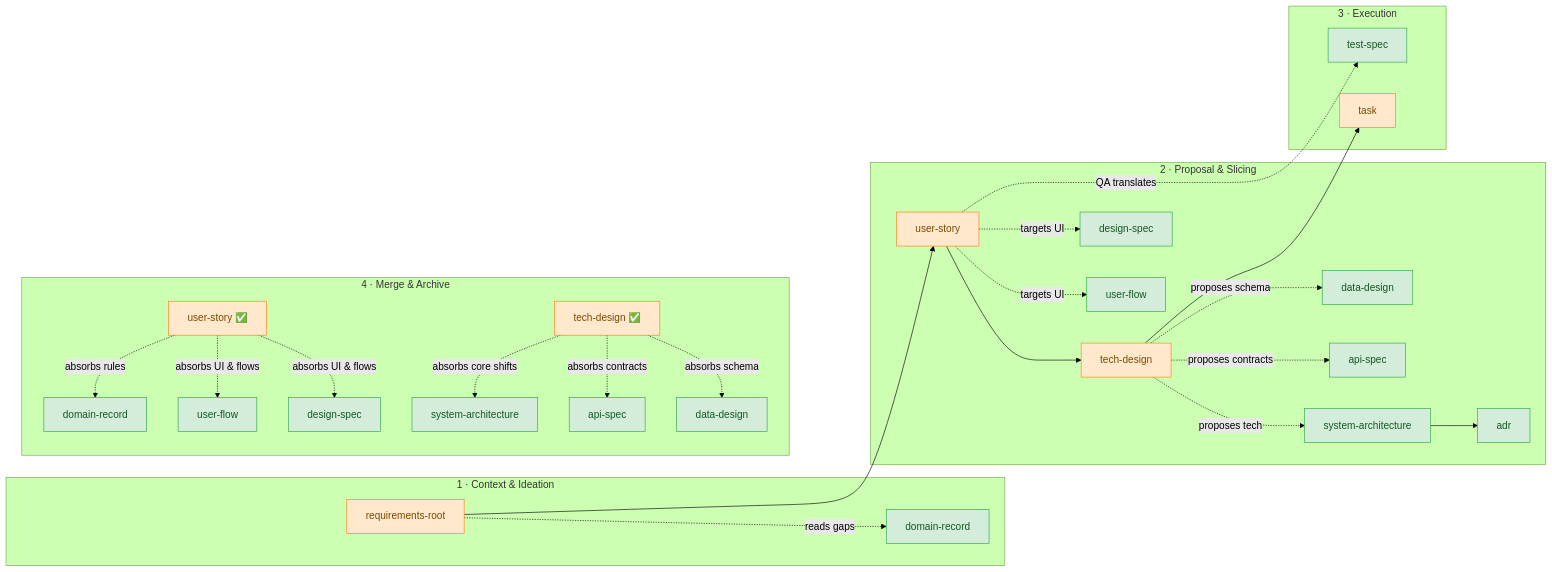
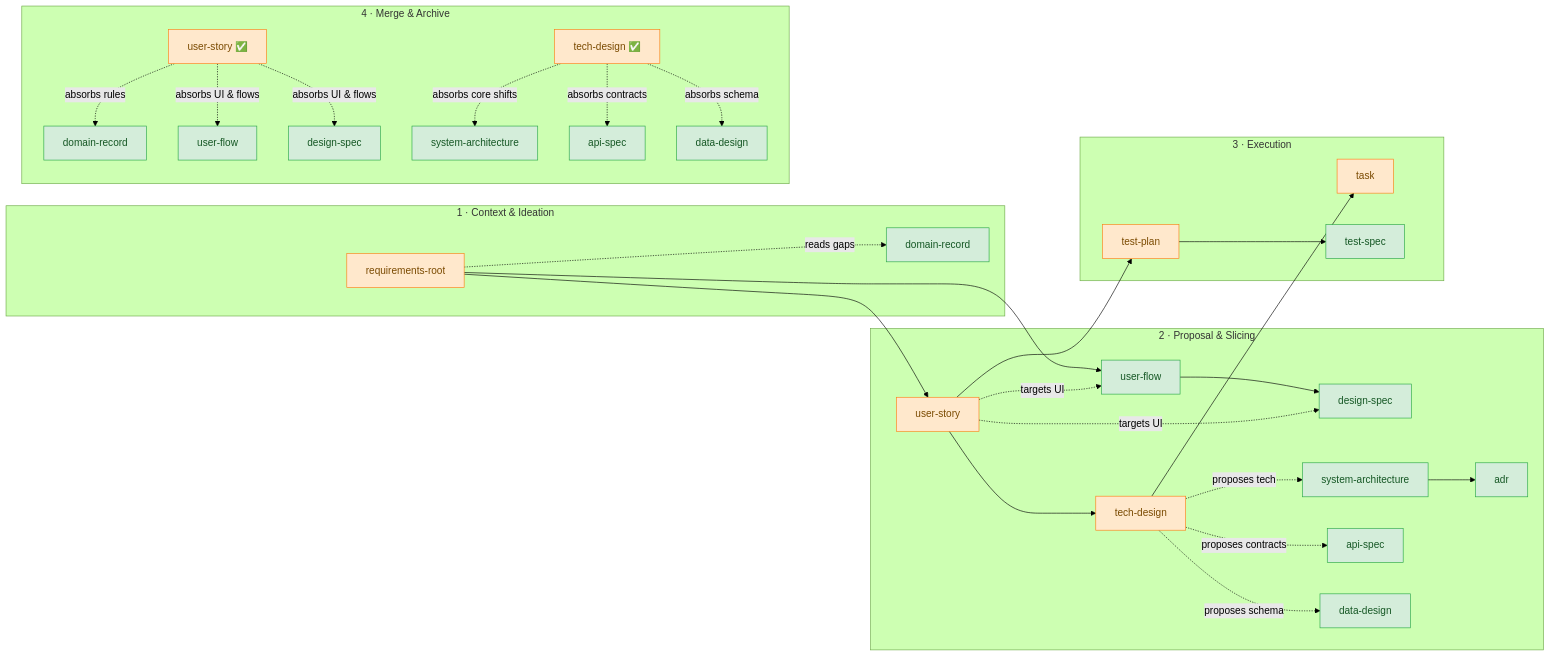
Before and after one commit to clitetailor/artifact-driven-development: the second of 3 diagrams in reference/artifact-dep-graph.md, drawn with Mermaid (forest theme). The commit also changed other lines of this file, not shown here.

First line of the commit message:
Resolve inconsistency findings 1-3 in artifact-dep-graph

````diff
--- a/reference/artifact-dep-graph.md
+++ b/reference/artifact-dep-graph.md
@@ -66,51 +68,55 @@
 ```mermaid
 graph LR
     classDef state fill:#d4edda,stroke:#28a745,color:#155724
     classDef delta fill:#ffe8cc,stroke:#fd7e14,color:#7a4a00
 
     subgraph P1["1 · Context & Ideation"]
         ROOT["requirements-root"]:::delta
         DR["domain-record"]:::state
         ROOT -.reads gaps.-> DR
     end
     subgraph P2["2 · Proposal & Slicing"]
         STORY[user-story]:::delta
         TD[tech-design]:::delta
         UF[user-flow]:::state
         DS[design-spec]:::state
         SA[system-architecture]:::state
         ADR[adr]:::state
         API[api-spec]:::state
         DD[data-design]:::state
         ROOT --> STORY
+        ROOT --> UF
+        UF --> DS
         STORY --> TD
         STORY -.targets UI.-> UF
         STORY -.targets UI.-> DS
         TD -.proposes tech.-> SA
         SA --> ADR
         TD -.proposes contracts.-> API
         TD -.proposes schema.-> DD
     end
     subgraph P3["3 · Execution"]
         TASK[task]:::delta
+        TP[test-plan]:::delta
         TS[test-spec]:::state
         TD --> TASK
-        STORY -.QA translates.-> TS
+        STORY --> TP
+        TP --> TS
     end
     subgraph P4["4 · Merge & Archive"]
         STORYX["user-story ✅"]:::delta
         TDX["tech-design ✅"]:::delta
         DRX["domain-record"]:::state
         UFX["user-flow"]:::state
         DSX["design-spec"]:::state
         SAX["system-architecture"]:::state
         APIX["api-spec"]:::state
         DDX["data-design"]:::state
         STORYX -.absorbs rules.-> DRX
         STORYX -.absorbs UI & flows.-> UFX
         STORYX -.absorbs UI & flows.-> DSX
         TDX -.absorbs core shifts.-> SAX
         TDX -.absorbs contracts.-> APIX
         TDX -.absorbs schema.-> DDX
     end
 ```
````
